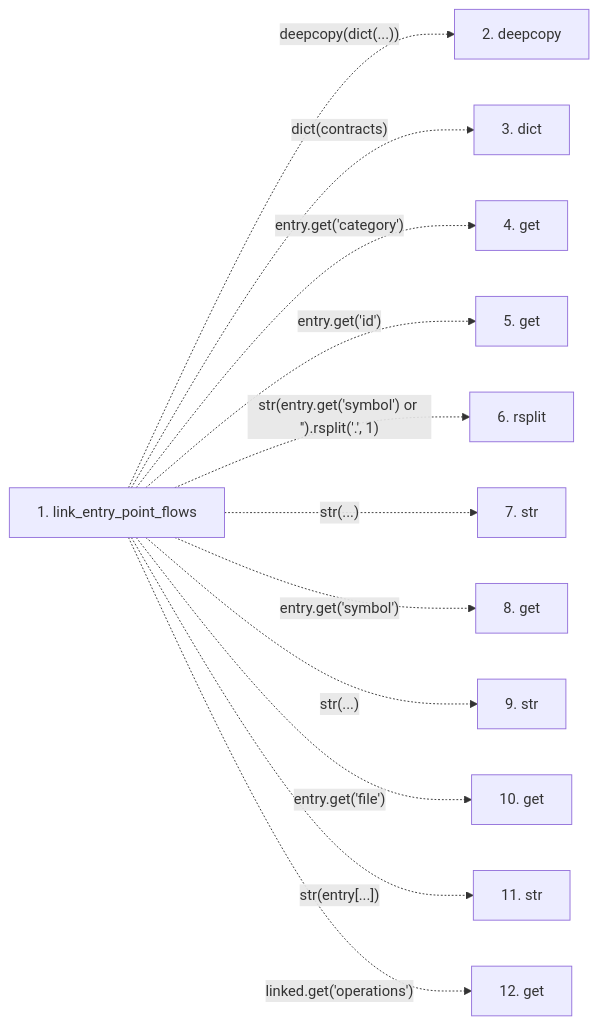
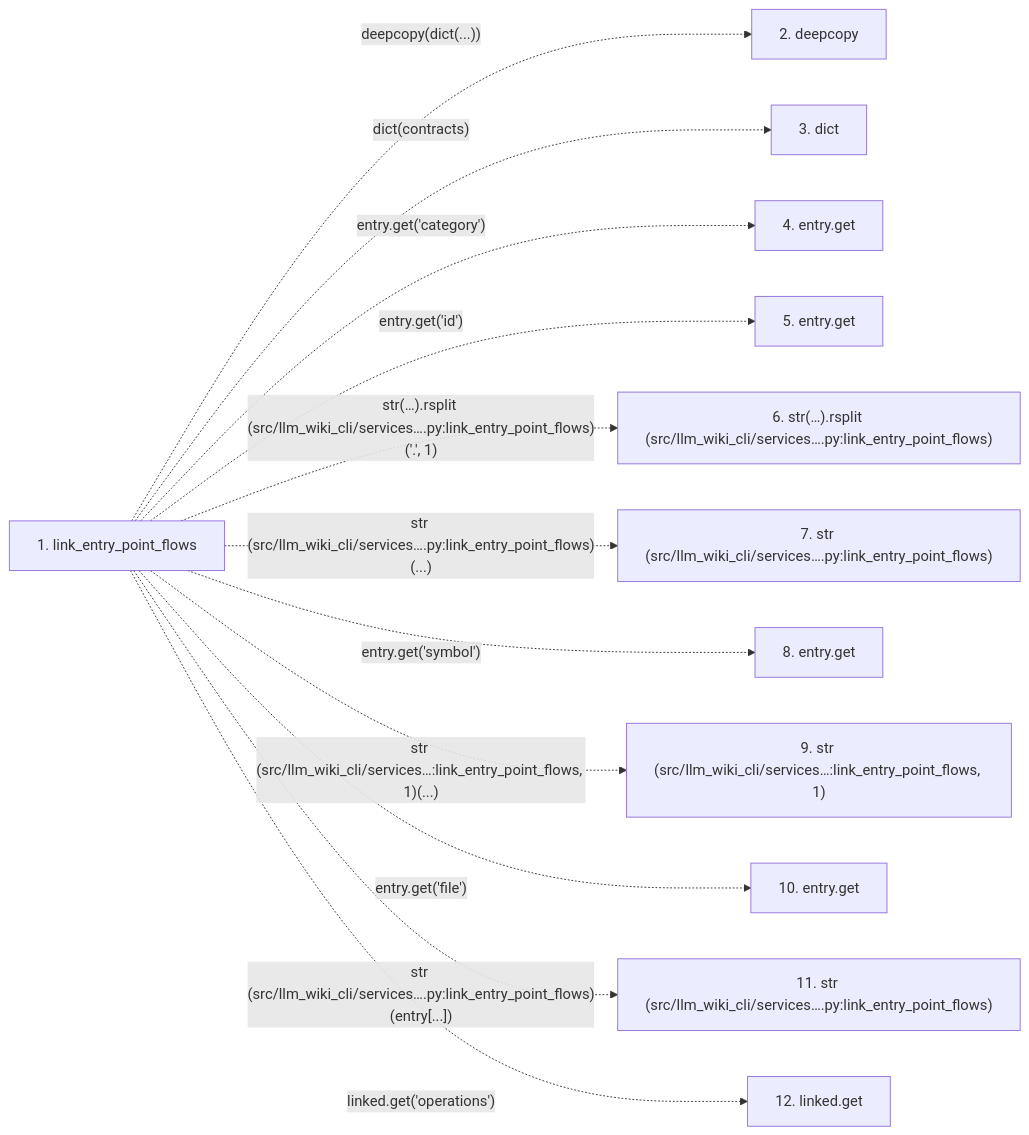
One commit to Denissvgn/python-wiki-llm changed the second of 2 diagrams in docs/llm_wiki/flows/api-link_entry_point_flows.md. Above: the diagram before and after it, drawn with Mermaid. The commit also changed other lines of this file and 719 other files, not shown here.

````diff
--- a/docs/llm_wiki/flows/api-link_entry_point_flows.md
+++ b/docs/llm_wiki/flows/api-link_entry_point_flows.md
@@ -45,27 +51,27 @@
 ```mermaid
 flowchart LR
     s1["1. link_entry_point_flows"]
     s2["2. deepcopy"]
     s3["3. dict"]
-    s4["4. get"]
-    s5["5. get"]
-    s6["6. rsplit"]
-    s7["7. str"]
-    s8["8. get"]
-    s9["9. str"]
-    s10["10. get"]
-    s11["11. str"]
-    s12["12. get"]
+    s4["4. entry.get"]
+    s5["5. entry.get"]
+    s6["6. str(…).rsplit (src/llm_wiki_cli/services….py:link_entry_point_flows)"]
+    s7["7. str (src/llm_wiki_cli/services….py:link_entry_point_flows)"]
+    s8["8. entry.get"]
+    s9["9. str (src/llm_wiki_cli/services…:link_entry_point_flows, 1)"]
+    s10["10. entry.get"]
+    s11["11. str (src/llm_wiki_cli/services….py:link_entry_point_flows)"]
+    s12["12. linked.get"]
     s1 -. "deepcopy(dict(...))" .-> s2
     s1 -. "dict(contracts)" .-> s3
     s1 -. "entry.get('category')" .-> s4
     s1 -. "entry.get('id')" .-> s5
-    s1 -. "str(entry.get('symbol') or '').rsplit('.', 1)" .-> s6
-    s1 -. "str(...)" .-> s7
+    s1 -. "str(…).rsplit (src/llm_wiki_cli/services….py:link_entry_point_flows)('.', 1)" .-> s6
+    s1 -. "str (src/llm_wiki_cli/services….py:link_entry_point_flows)(...)" .-> s7
     s1 -. "entry.get('symbol')" .-> s8
-    s1 -. "str(...)" .-> s9
+    s1 -. "str (src/llm_wiki_cli/services…:link_entry_point_flows, 1)(...)" .-> s9
     s1 -. "entry.get('file')" .-> s10
-    s1 -. "str(entry[...])" .-> s11
+    s1 -. "str (src/llm_wiki_cli/services….py:link_entry_point_flows)(entry[...])" .-> s11
     s1 -. "linked.get('operations')" .-> s12
     click s1 "../modules/api_contracts.md"
 ```
````
